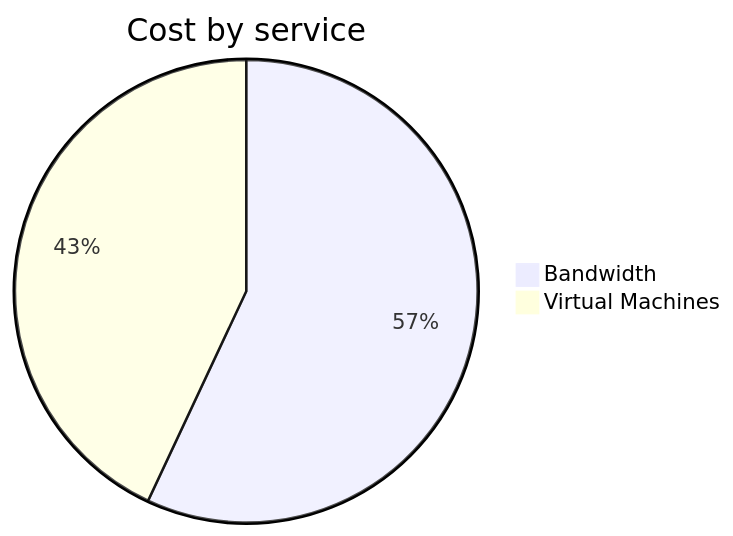
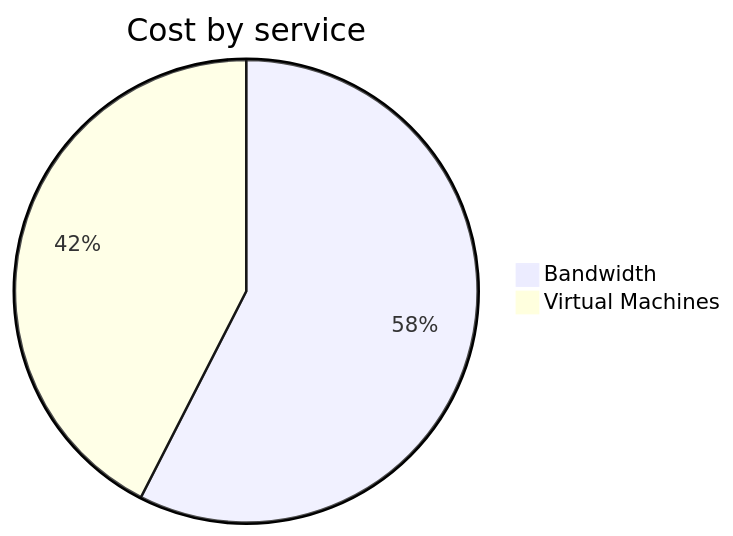
One commit to jpfulton/azure-personal-reports changed the second of 4 diagrams in cost-reports/personal-network/vpn-server.md. Above: the diagram before and after it, drawn with Mermaid. The commit also changed other lines of this file and 9 other files, not shown here.

````diff
--- a/cost-reports/personal-network/vpn-server.md
+++ b/cost-reports/personal-network/vpn-server.md
@@ -66,6 +66,6 @@
 ```mermaid
 pie
    title Cost by service
-   "Bandwidth" : 1.92
-   "Virtual Machines" : 1.45
+   "Bandwidth" : 2.18
+   "Virtual Machines" : 1.61
 ```
````
